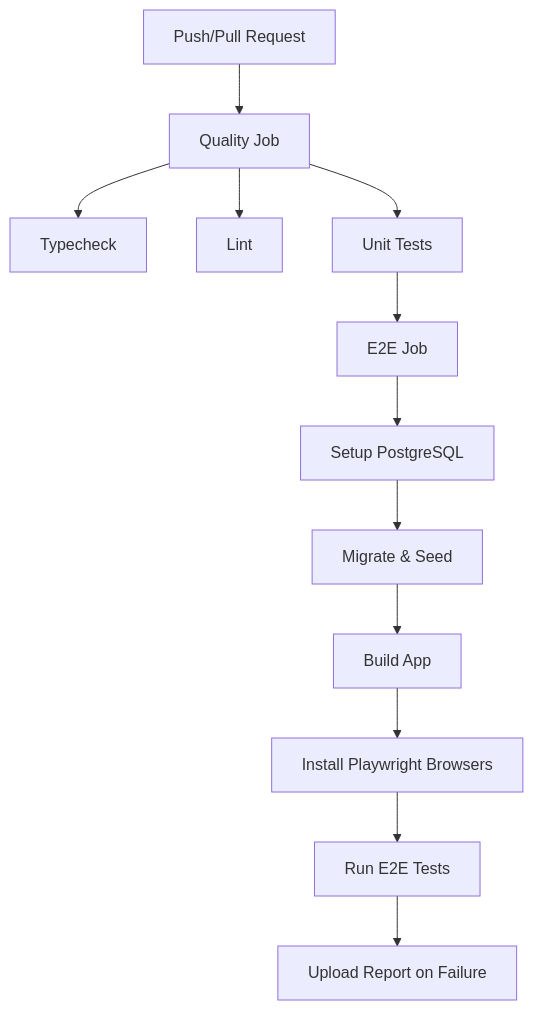
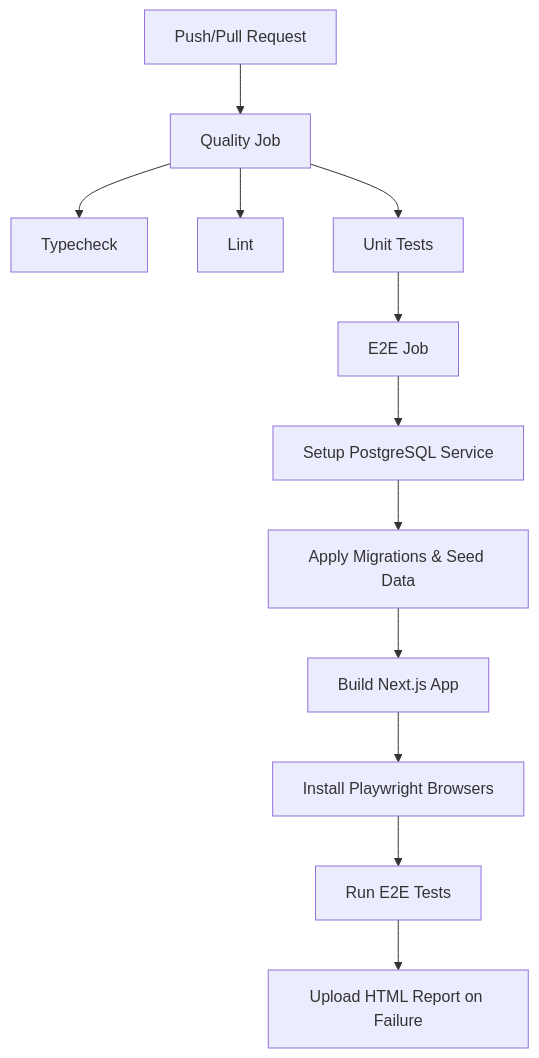
Before and after one commit to gyamposudodzi/Timberland: the eighth of 8 diagrams in .qoder/repowiki/en/content/Testing Guide.md, drawn with Mermaid. The commit also changed other lines of this file and 87 other files, not shown here.

````diff
--- a/.qoder/repowiki/en/content/Testing Guide.md
+++ b/.qoder/repowiki/en/content/Testing Guide.md
@@ -417,14 +436,14 @@
 ```mermaid
 flowchart TD
 Push["Push/Pull Request"] --> Quality["Quality Job"]
 Quality --> Typecheck["Typecheck"]
 Quality --> Lint["Lint"]
 Quality --> UnitTests["Unit Tests"]
 UnitTests --> E2EJob["E2E Job"]
-E2EJob --> SetupDB["Setup PostgreSQL"]
-SetupDB --> MigrateSeed["Migrate & Seed"]
-MigrateSeed --> Build["Build App"]
+E2EJob --> SetupDB["Setup PostgreSQL Service"]
+SetupDB --> MigrateSeed["Apply Migrations & Seed Data"]
+MigrateSeed --> Build["Build Next.js App"]
 Build --> InstallPW["Install Playwright Browsers"]
 InstallPW --> RunE2E["Run E2E Tests"]
-RunE2E --> Report["Upload Report on Failure"]
+RunE2E --> Report["Upload HTML Report on Failure"]
 ```
````
